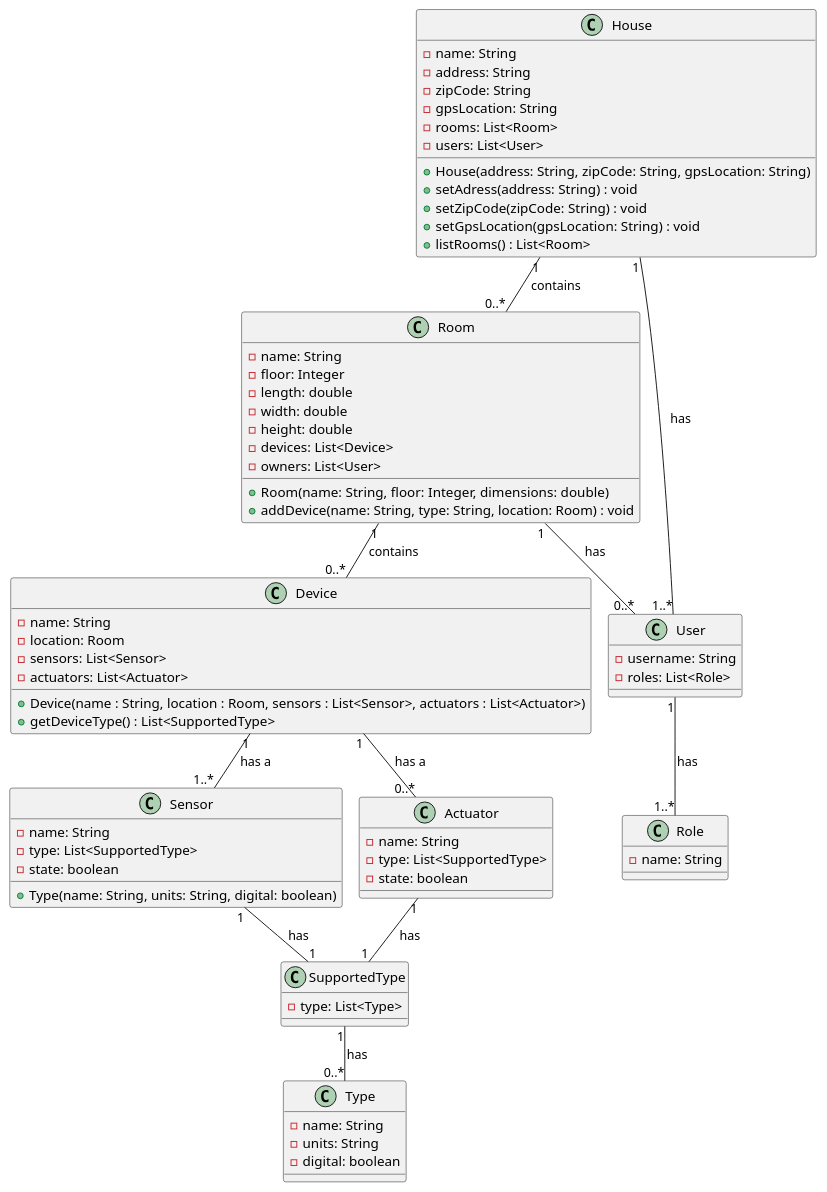
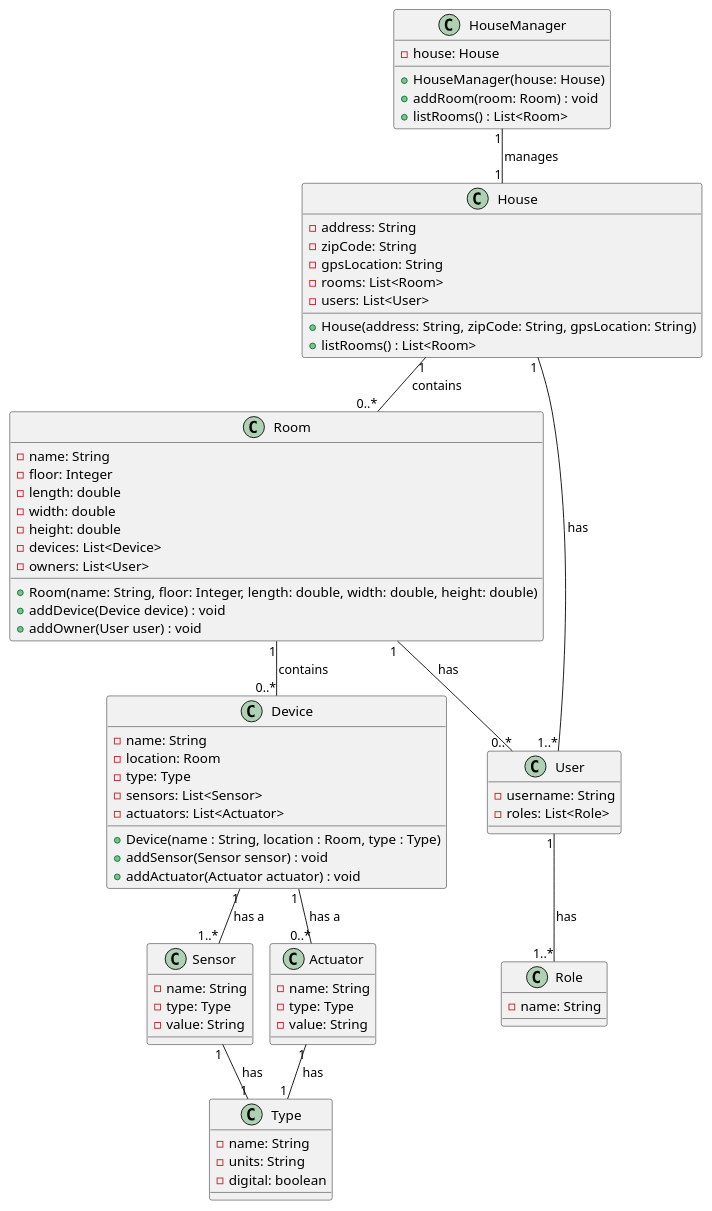
One commit to rueloParente/workProgress changed the diagram in docs/uml/ClassDiagram.puml. Above: the diagram before and after it, drawn with PlantUML. The commit also changed 19 other files, not shown here.

```diff
--- a/docs/uml/ClassDiagram.puml
+++ b/docs/uml/ClassDiagram.puml
@@ -1,93 +1,81 @@
 @startuml
 !pragma layout smetana
 class House {
--name: String
--address: String
--zipCode: String
--gpsLocation: String
--rooms: List<Room>
--users: List<User>
-+House(address: String, zipCode: String, gpsLocation: String)
-+setAdress(address: String) : void
-+setZipCode(zipCode: String) : void
-+setGpsLocation(gpsLocation: String) : void
+  -address: String
+  -zipCode: String
+  -gpsLocation: String
+  -rooms: List<Room>
+  -users: List<User>
+  +House(address: String, zipCode: String, gpsLocation: String)
+  +listRooms() : List<Room>
+}
+class HouseManager {
+-house: House
++HouseManager(house: House)
++addRoom(room: Room) : void
 +listRooms() : List<Room>
 }
-' Room is a class that represents a room/divistion of the house, we will be considering
-' that a room can be a bedroom, a kitchen but also a garden or a garage
+
 class Room {
+  -name: String
+  -floor: Integer
+  -length: double
+  -width: double
+  -height: double
+  -devices: List<Device>
+  -owners: List<User>
+  +Room(name: String, floor: Integer, length: double, width: double, height: double)
+  +addDevice(Device device) : void
+  +addOwner(User user) : void
+}
 
--name: String
--floor: Integer
--length: double
--width: double
--height: double
--devices: List<Device>
--owners: List<User>
-+Room(name: String, floor: Integer, dimensions: double)
-+addDevice(name: String, type: String, location: Room) : void
-
-}
-' We can get the device type by a method checking
-' the type of the sensors and actuators
 class Device {
--name: String
--location: Room
--sensors: List<Sensor>
--actuators: List<Actuator>
-+Device(name : String, location : Room, sensors : List<Sensor>, actuators : List<Actuator>)
-+getDeviceType() : List<SupportedType>
+  -name: String
+  -location: Room
+  -type: Type
+  -sensors: List<Sensor>
+  -actuators: List<Actuator>
+  +Device(name : String, location : Room, type : Type)
+  +addSensor(Sensor sensor) : void
+  +addActuator(Actuator actuator) : void
 }
 
 class Sensor {
--name: String
--type: List<SupportedType>
--state: boolean
-+Type(name: String, units: String, digital: boolean)
+  -name: String
+  -type: Type
+  -value: String
+}
 
+class Actuator {
+  -name: String
+  -type: Type
+  -value: String
+}
 
-
-}
-class SupportedType {
--type: List<Type>
-}
 class Type {
--name: String
--units: String
--digital: boolean
-
-
-}
-class Actuator {
--name: String
--type: List<SupportedType>
--state: boolean
-
+  -name: String
+  -units: String
+  -digital: boolean
 }
 
 class User {
-
--username: String
--roles: List<Role>
-
+  -username: String
+  -roles: List<Role>
 }
 
 class Role {
+  -name: String
+}
 
--name: String
-
-
-}
 
 House "1" -- "0..*" Room : contains
 Room "1"-- "0..*" Device : contains
 Device "1" --"1..*" Sensor : has a
 Device "1" --"0..*" Actuator : has a
 House "1" -- "1..*" User : has
 Room "1" -- "0..*" User : has
 User "1"-- "1..*" Role : has
-Sensor "1" -- "1" SupportedType : has
-Actuator "1" -- "1" SupportedType : has
-SupportedType "1" -- "0..*" Type : has
-
+Sensor "1" -- "1" Type : has
+Actuator "1" -- "1" Type : has
+HouseManager "1" -- "1" House : manages
 @enduml
```
